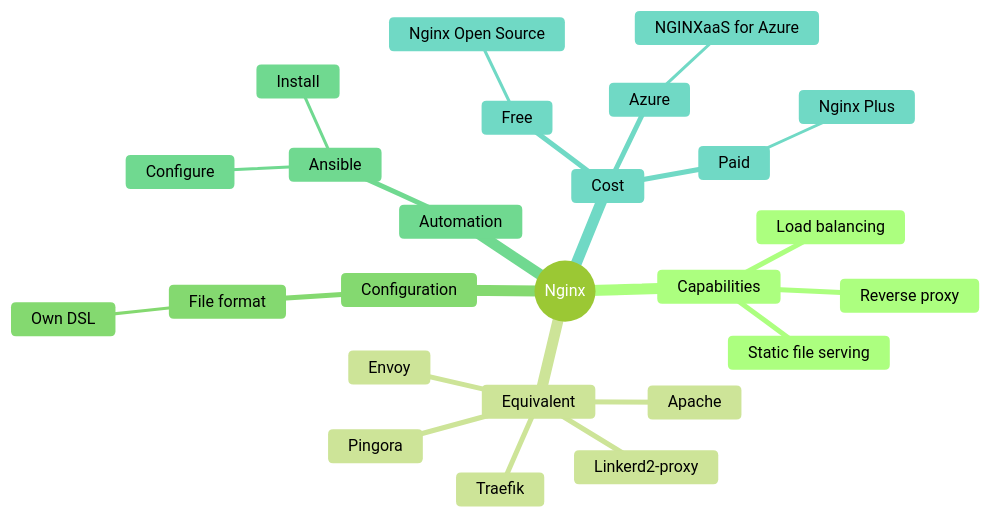
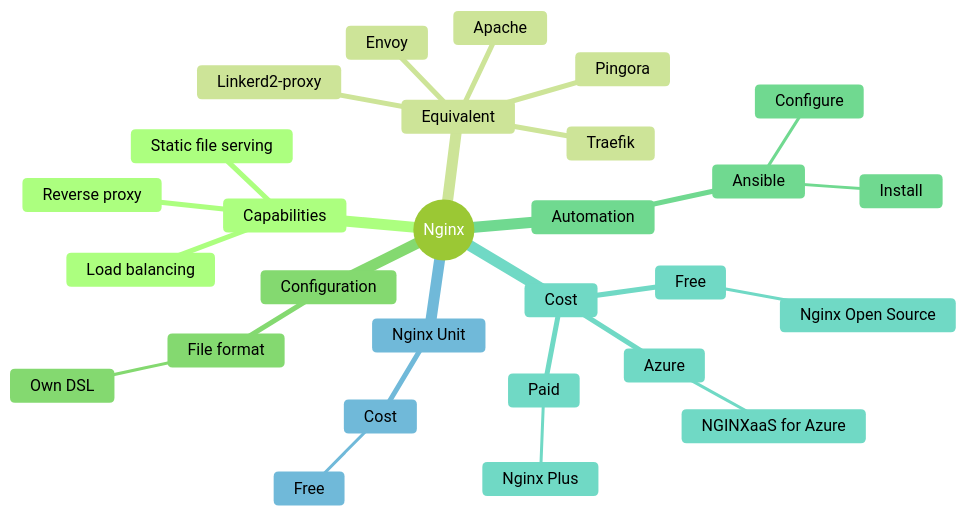
Before and after one commit to xdvarpunen/nginx-adventure: the diagram in README.md, drawn with Mermaid (forest theme).

````diff
--- a/README.md
+++ b/README.md
@@ -5,28 +5,31 @@
 ```mermaid
 mindmap
   root((Nginx))
     Capabilities
       Load balancing
       Reverse proxy
       Static file serving
     Equivalent
       Apache
       Pingora
       Envoy
       Linkerd2-proxy
       Traefik
     Configuration
       File format
         Own DSL
     Automation
       Ansible
         Install
         Configure
     Cost
       Free
         Nginx Open Source
       Paid
         Nginx Plus
       Azure
         NGINXaaS for Azure
+    Nginx Unit
+      Cost
+        Free
 ```
````
